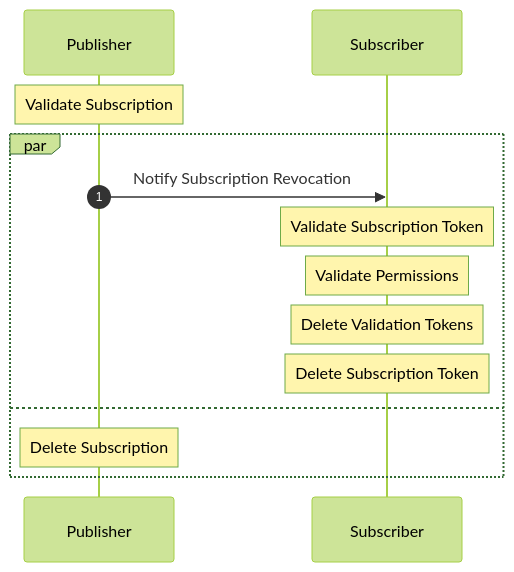
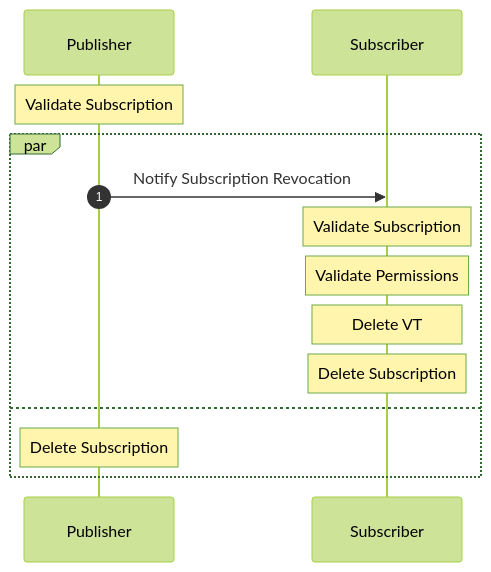
The third of 3 diagrams in docs/subscription.md (nathan-fiscaletti/coattail), drawn with Mermaid (forest theme) before and after one commit. The commit also changed other lines of this file, not shown here.

````diff
--- a/docs/subscription.md
+++ b/docs/subscription.md
@@ -47,19 +47,19 @@
 ```mermaid
 sequenceDiagram
     autonumber
 
     participant Publisher
     participant Subscriber
 
     Note over Publisher: Validate Subscription
 
     par
         Publisher ->> Subscriber: Notify Subscription Revocation
-        Note over Subscriber: Validate Subscription Token
+        Note over Subscriber: Validate Subscription
         Note over Subscriber: Validate Permissions
-        Note over Subscriber: Delete Validation Tokens
-        Note over Subscriber: Delete Subscription Token
+        Note over Subscriber: Delete VT
+        Note over Subscriber: Delete Subscription
     and
         Note over Publisher: Delete Subscription
     end
 ```
````
